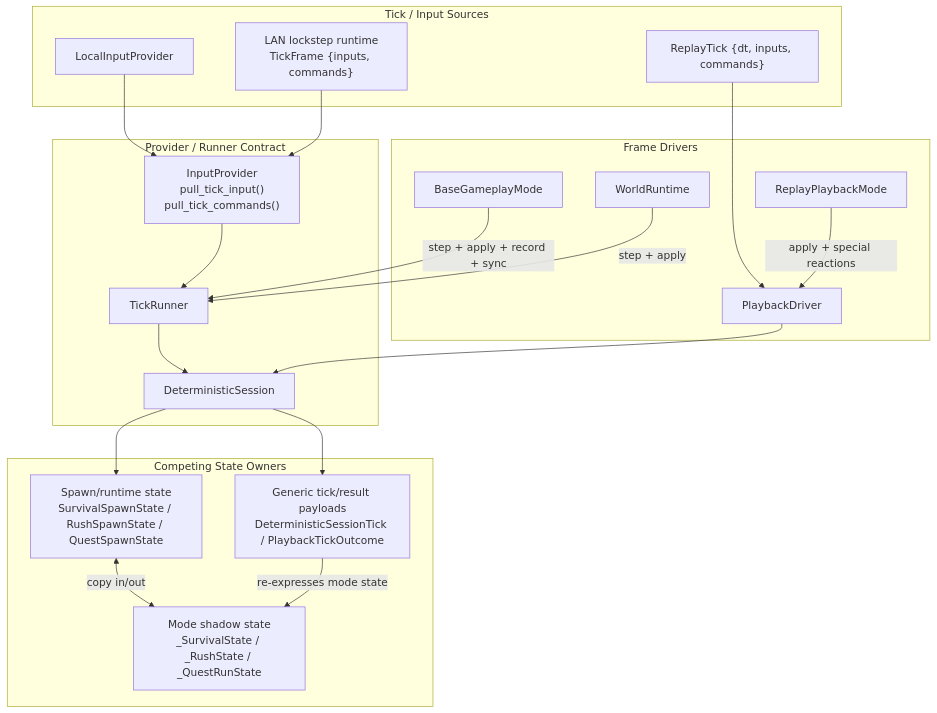
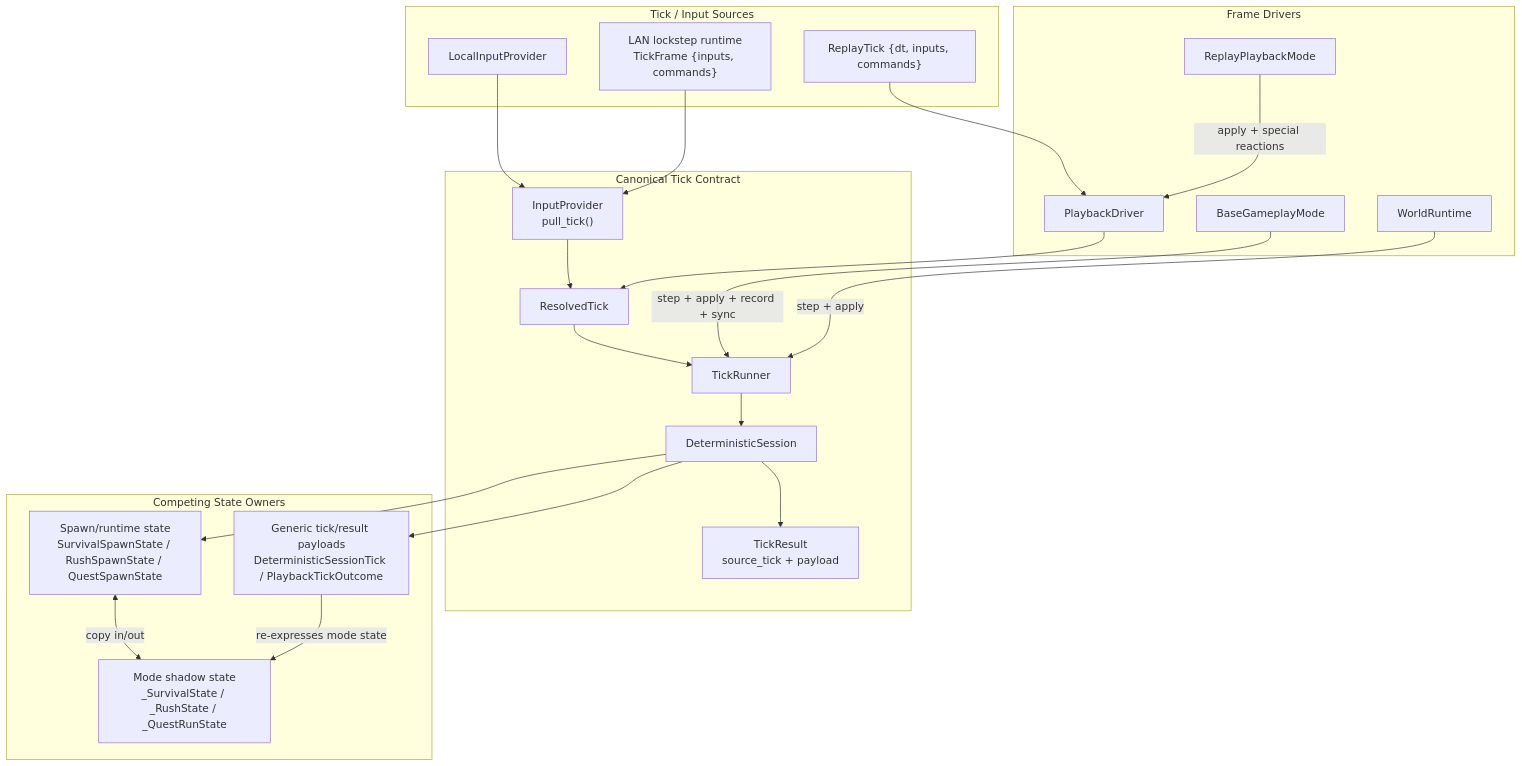
One commit to banteg/crimson changed the first of 2 diagrams in split_brain.md. Above: the diagram before and after it, drawn with Mermaid. The commit also changed other lines of this file and 19 other files, not shown here.

Commit message:
refactor: unify canonical tick contract

````diff
--- a/split_brain.md
+++ b/split_brain.md
@@ -65,41 +67,43 @@
 ```mermaid
 flowchart TD
     subgraph Sources["Tick / Input Sources"]
         Local["LocalInputProvider"]
         Lan["LAN lockstep runtime<br/>TickFrame {inputs, commands}"]
         Replay["ReplayTick {dt, inputs, commands}"]
     end
 
-    subgraph ProviderLayer["Provider / Runner Contract"]
-        Provider["InputProvider<br/>pull_tick_input()<br/>pull_tick_commands()"]
+    subgraph TickContract["Canonical Tick Contract"]
+        Provider["InputProvider<br/>pull_tick()"]
+        Tick["ResolvedTick"]
         Runner["TickRunner"]
         Session["DeterministicSession"]
+        Result["TickResult<br/>source_tick + payload"]
     end
 
     subgraph StateOwners["Competing State Owners"]
         ModeShadow["Mode shadow state<br/>_SurvivalState / _RushState / _QuestRunState"]
         SpawnState["Spawn/runtime state<br/>SurvivalSpawnState / RushSpawnState / QuestSpawnState"]
         GenericTick["Generic tick/result payloads<br/>DeterministicSessionTick / PlaybackTickOutcome"]
     end
 
     subgraph Drivers["Frame Drivers"]
         Base["BaseGameplayMode"]
         World["WorldRuntime"]
         ReplayMode["ReplayPlaybackMode"]
         Playback["PlaybackDriver"]
     end
 
     Local --> Provider
     Lan --> Provider
-    Provider --> Runner --> Session
-    Replay --> Playback --> Session
+    Provider --> Tick --> Runner --> Session --> Result
+    Replay --> Playback --> Tick
 
     Session --> SpawnState
     Session --> GenericTick
     SpawnState <-->|copy in/out| ModeShadow
     GenericTick -->|re-expresses mode state| ModeShadow
 
     Base -->|step + apply + record + sync| Runner
     World -->|step + apply| Runner
     ReplayMode -->|apply + special reactions| Playback
 ```
````
